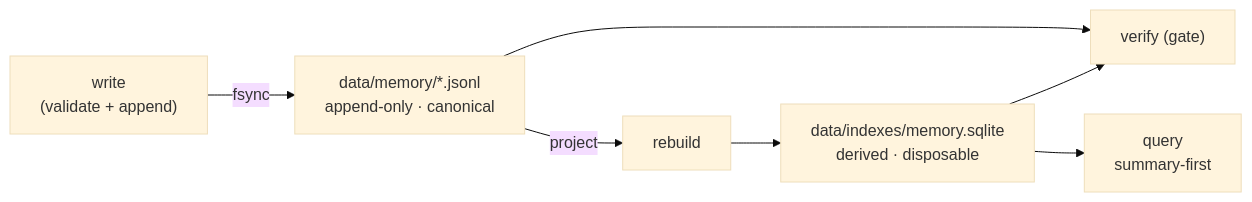
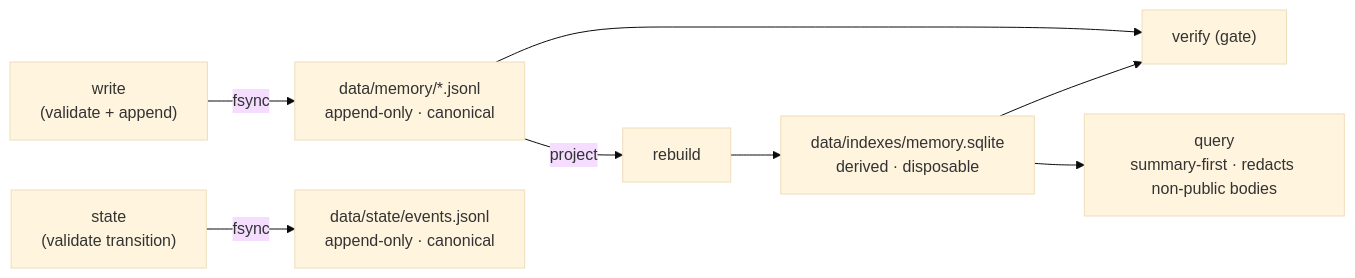
Before and after one commit to Cataldir/governed-second-brain: the diagram in README.md, drawn with Mermaid (base theme). The commit also changed other lines of this file and 19 other files, not shown here.

````diff
--- a/README.md
+++ b/README.md
@@ -21,8 +21,9 @@
 ```mermaid
 flowchart LR
     write["write<br/>(validate + append)"] -->|fsync| log["data/memory/*.jsonl<br/>append-only · canonical"]
     log -->|project| rebuild["rebuild"] --> idx["data/indexes/memory.sqlite<br/>derived · disposable"]
     log --> verify["verify (gate)"]
     idx --> verify
-    idx --> query["query<br/>summary-first"]
+    idx --> query["query<br/>summary-first · redacts non-public bodies"]
+    state["state<br/>(validate transition)"] -->|fsync| slog["data/state/events.jsonl<br/>append-only · canonical"]
 ```
````
